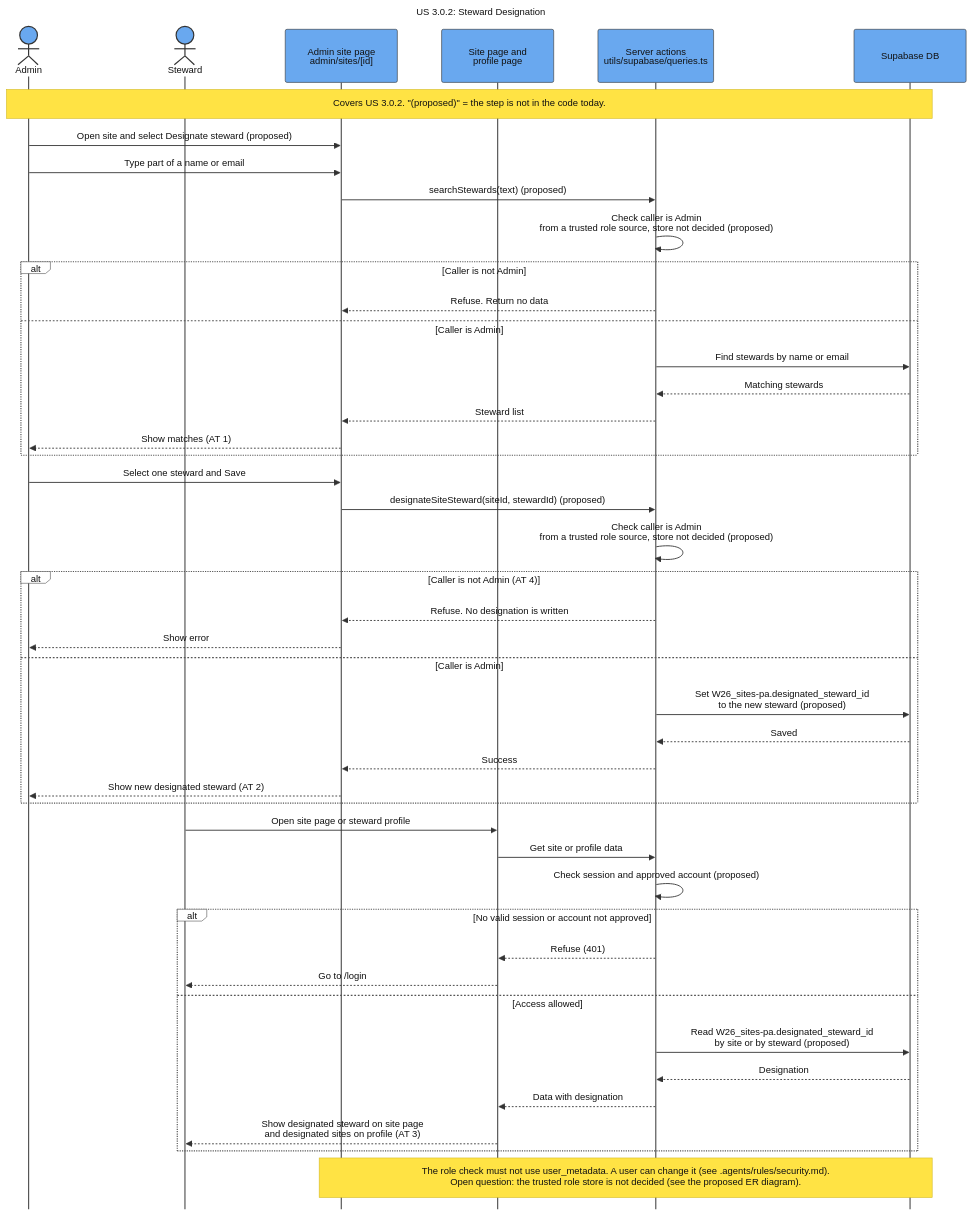
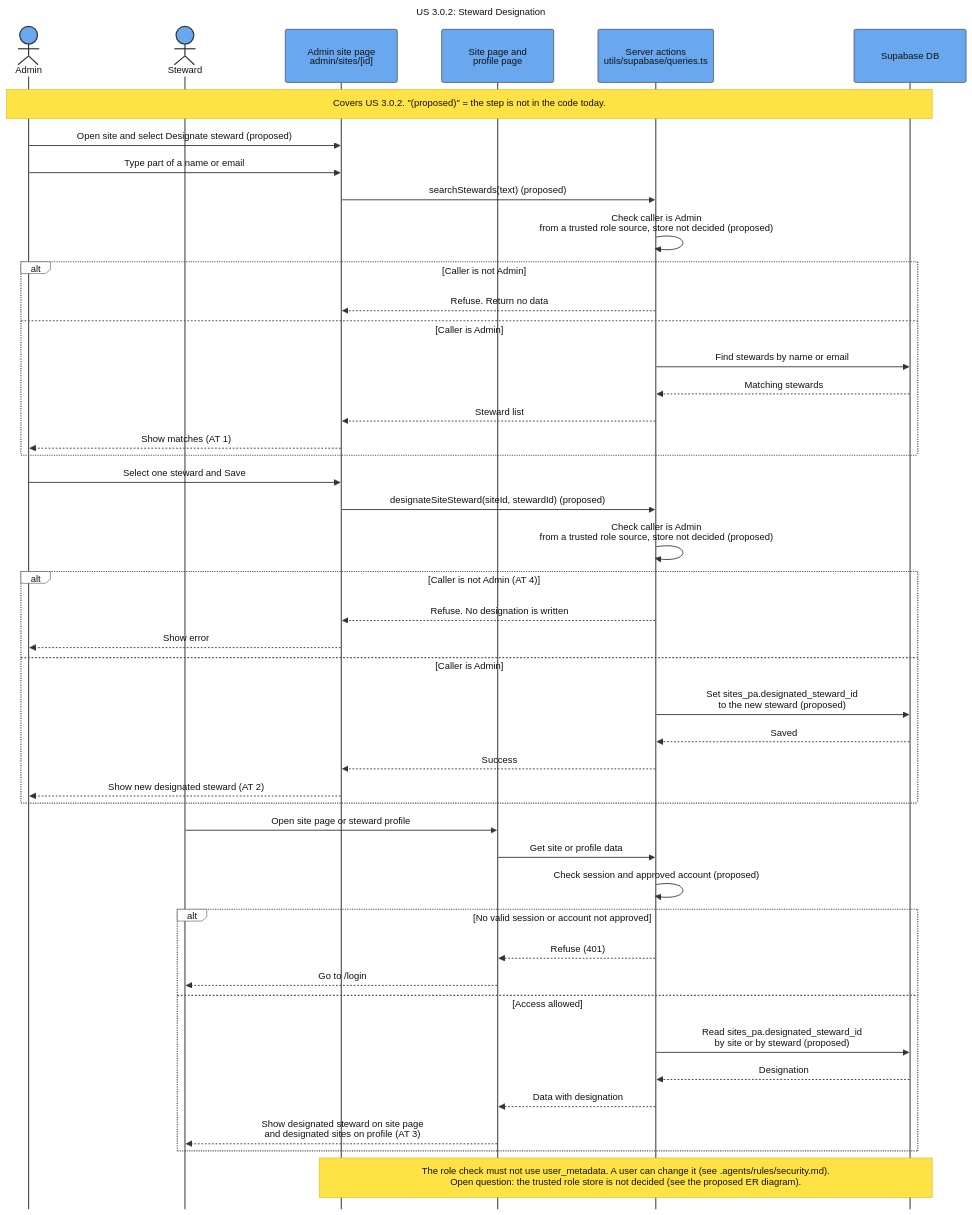
Before and after one commit to SAPAA-Dev/W26Project-SAPAA-Dev-Team: the diagram in docs/assets/Sequence_US_3_0_2_Steward_Designation.mmd, drawn with Mermaid. The commit also changed 88 other files, not shown here.

```diff
--- a/docs/assets/Sequence_US_3_0_2_Steward_Designation.mmd
+++ b/docs/assets/Sequence_US_3_0_2_Steward_Designation.mmd
@@ -1,92 +1,92 @@
 ---
 title: "US 3.0.2: Steward Designation"
 config:
   theme: base
   sequence:
     actorMargin: 75
     boxMargin: 12
     diagramMarginX: 45
     diagramMarginY: 30
     messageMargin: 40
     noteMargin: 16
     mirrorActors: false
     width: 190
     height: 90
   themeVariables:
     background: "#ffffff"
     primaryColor: "#69a8ef"
     primaryBorderColor: "#333333"
     primaryTextColor: "#111111"
     actorBkg: "#69a8ef"
     actorBorder: "#333333"
     actorTextColor: "#111111"
     actorLineColor: "#555555"
     signalColor: "#333333"
     signalTextColor: "#111111"
     activationBkgColor: "#cdd3db"
     activationBorderColor: "#cdd3db"
     noteBkgColor: "#ffe344"
     noteBorderColor: "#d4ba24"
     noteTextColor: "#111111"
     labelBoxBkgColor: "#ffffff"
     labelBoxBorderColor: "#555555"
     labelTextColor: "#111111"
     loopTextColor: "#111111"
     altBackground: "#ffffff"
   themeCSS: |
     .actor-line {
       stroke-dasharray: 10 10 !important;
       stroke-width: 1.25px !important;
     }
 ---
 sequenceDiagram
     autonumber off
     actor Admin
     actor Steward
     participant AdminSite as Admin site page<br/>admin/sites/[id]
     participant Pages as Site page and<br/>profile page
     participant Server as Server actions<br/>utils/supabase/queries.ts
     participant DB as Supabase DB
 
     Note over Admin,DB: Covers US 3.0.2. "(proposed)" = the step is not in the code today.
 
     Admin->>AdminSite: Open site and select Designate steward (proposed)
     Admin->>AdminSite: Type part of a name or email
     AdminSite->>Server: searchStewards(text) (proposed)
     Server->>Server: Check caller is Admin<br/>from a trusted role source, store not decided (proposed)
     alt Caller is not Admin
         Server-->>AdminSite: Refuse. Return no data
     else Caller is Admin
         Server->>DB: Find stewards by name or email
         DB-->>Server: Matching stewards
         Server-->>AdminSite: Steward list
         AdminSite-->>Admin: Show matches (AT 1)
     end
 
     Admin->>AdminSite: Select one steward and Save
     AdminSite->>Server: designateSiteSteward(siteId, stewardId) (proposed)
     Server->>Server: Check caller is Admin<br/>from a trusted role source, store not decided (proposed)
     alt Caller is not Admin (AT 4)
         Server-->>AdminSite: Refuse. No designation is written
         AdminSite-->>Admin: Show error
     else Caller is Admin
-        Server->>DB: Set W26_sites-pa.designated_steward_id<br/>to the new steward (proposed)
+        Server->>DB: Set sites_pa.designated_steward_id<br/>to the new steward (proposed)
         DB-->>Server: Saved
         Server-->>AdminSite: Success
         AdminSite-->>Admin: Show new designated steward (AT 2)
     end
 
     Steward->>Pages: Open site page or steward profile
     Pages->>Server: Get site or profile data
     Server->>Server: Check session and approved account (proposed)
     alt No valid session or account not approved
         Server-->>Pages: Refuse (401)
         Pages-->>Steward: Go to /login
     else Access allowed
-        Server->>DB: Read W26_sites-pa.designated_steward_id<br/>by site or by steward (proposed)
+        Server->>DB: Read sites_pa.designated_steward_id<br/>by site or by steward (proposed)
         DB-->>Server: Designation
         Server-->>Pages: Data with designation
         Pages-->>Steward: Show designated steward on site page<br/>and designated sites on profile (AT 3)
     end
 
     Note over AdminSite,DB: The role check must not use user_metadata. A user can change it (see .agents/rules/security.md).<br/>Open question: the trusted role store is not decided (see the proposed ER diagram).
```
